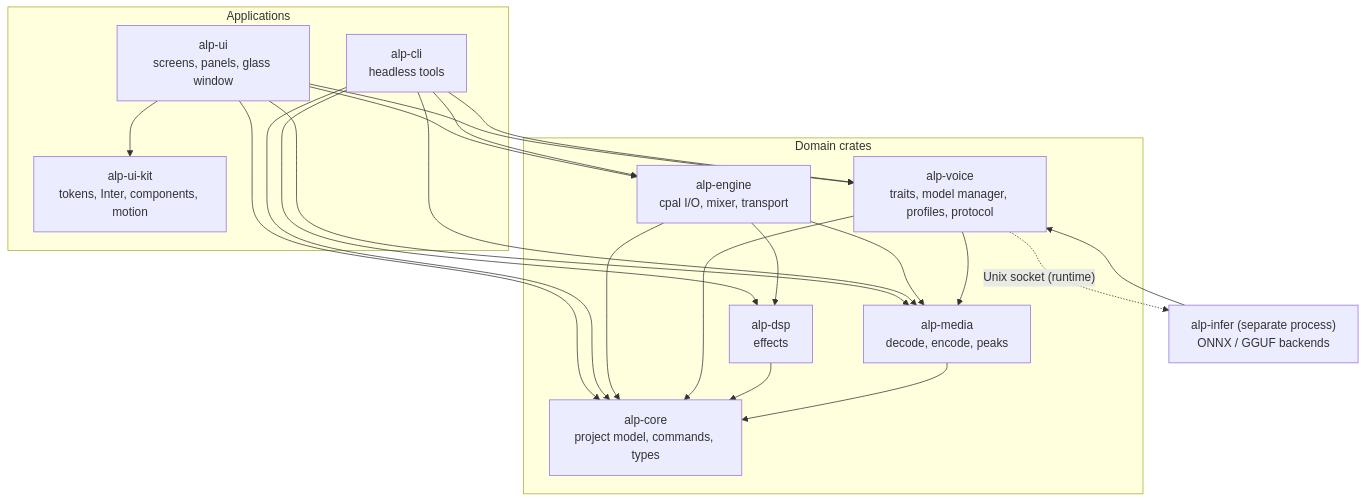
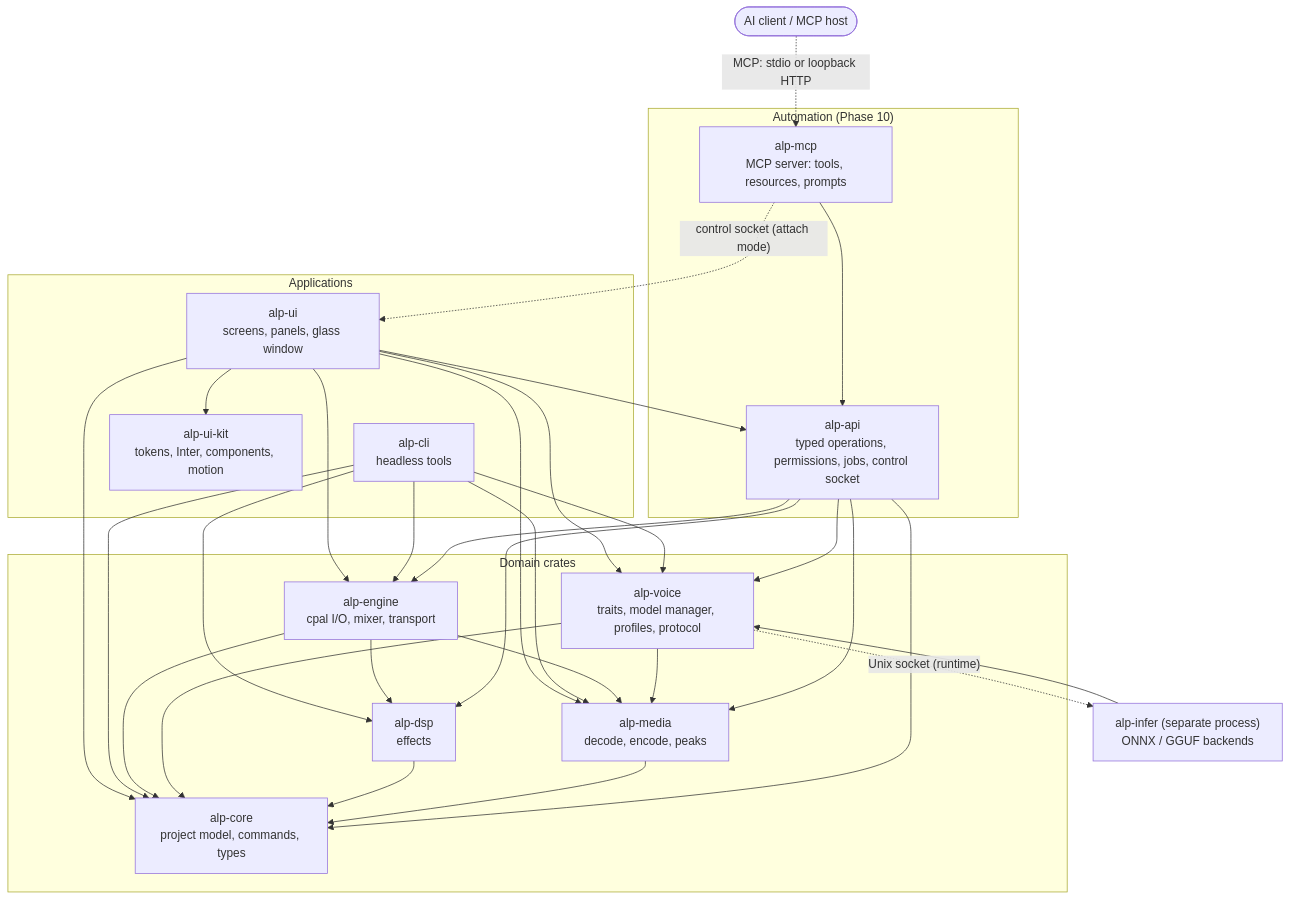
The first of 2 diagrams in ALP_BUILD_PLAN.md (zvirox/audio-labs-pro), drawn with Mermaid before and after one commit. The commit also changed other lines of this file, not shown here.

````diff
--- a/ALP_BUILD_PLAN.md
+++ b/ALP_BUILD_PLAN.md
@@ -164,36 +178,50 @@
 ```mermaid
 flowchart TD
   subgraph APP["Applications"]
     UI["alp-ui<br/>screens, panels, glass window"]
     CLI["alp-cli<br/>headless tools"]
     KIT["alp-ui-kit<br/>tokens, Inter, components, motion"]
   end
   subgraph DOMAIN["Domain crates"]
     ENG["alp-engine<br/>cpal I/O, mixer, transport"]
     VOICE["alp-voice<br/>traits, model manager, profiles, protocol"]
     DSP["alp-dsp<br/>effects"]
     MEDIA["alp-media<br/>decode, encode, peaks"]
     CORE["alp-core<br/>project model, commands, types"]
   end
   INFER["alp-infer (separate process)<br/>ONNX / GGUF backends"]
+  subgraph AUTO["Automation (Phase 10)"]
+    MCP["alp-mcp<br/>MCP server: tools, resources, prompts"]
+    API["alp-api<br/>typed operations, permissions, jobs, control socket"]
+  end
+  AI(["AI client / MCP host"])
 
   UI --> KIT
   UI --> ENG
   UI --> VOICE
   UI --> MEDIA
   UI --> CORE
   CLI --> ENG
   CLI --> VOICE
   CLI --> DSP
   CLI --> MEDIA
   CLI --> CORE
   ENG --> DSP
   ENG --> MEDIA
   ENG --> CORE
   VOICE --> MEDIA
   VOICE --> CORE
   DSP --> CORE
   MEDIA --> CORE
   INFER --> VOICE
   VOICE -. "Unix socket (runtime)" .-> INFER
+  MCP --> API
+  UI --> API
+  API --> ENG
+  API --> VOICE
+  API --> DSP
+  API --> MEDIA
+  API --> CORE
+  AI -. "MCP: stdio or loopback HTTP" .-> MCP
+  MCP -. "control socket (attach mode)" .-> UI
 ```
````
